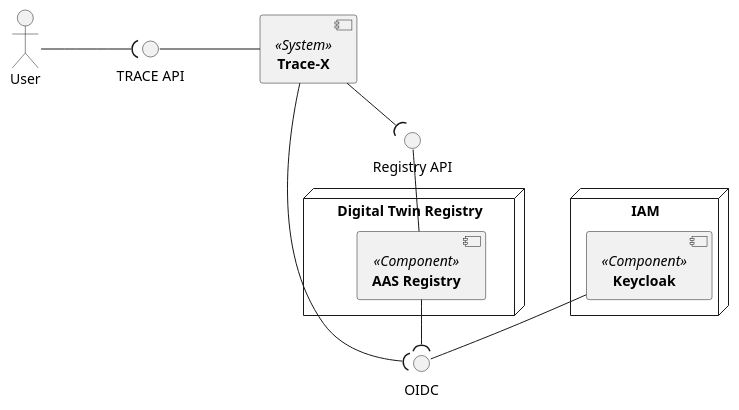
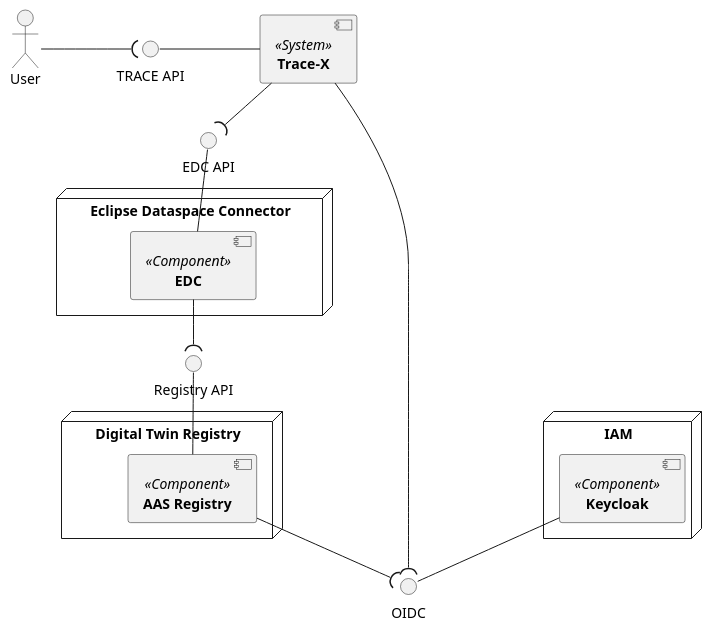
The diagram in docs/src/uml-diagrams/arc42/scope-context/technical-context/aas-api-view.puml (eclipse-tractusx/traceability-foss), drawn with PlantUML before and after one commit. The commit also changed 5 other files, not shown here.

```diff
--- a/docs/src/uml-diagrams/arc42/scope-context/technical-context/aas-api-view.puml
+++ b/docs/src/uml-diagrams/arc42/scope-context/technical-context/aas-api-view.puml
@@ -1,29 +1,36 @@
 @startuml
 skinparam monochrome true
 skinparam shadowing false
 skinparam nodesep 100
 skinparam ranksep 20
 
 actor "User" as User
 component [**Trace-X**] <<System>> as Trace
+
+node "Eclipse Dataspace Connector" {
+    [**EDC**] <<Component>> as EDC
+}
 
 node "Digital Twin Registry" {
     [**AAS Registry**] <<Component>> as AASR
 }
 
 node "IAM" {
     [**Keycloak**] <<Component>> as KIAM
 }
 
 interface "TRACE API" as TAPI
+interface "EDC API" as EAPI
 interface "OIDC" as IAMAPI
 interface "Registry API" as IRAPI
 
 User -( TAPI
 TAPI - Trace
-Trace --( IRAPI
+Trace --( EAPI
 IRAPI -- AASR
 Trace --down( IAMAPI
 AASR --( IAMAPI
 KIAM -- IAMAPI
+EAPI -- EDC
+EDC --( IRAPI
 @enduml
```
